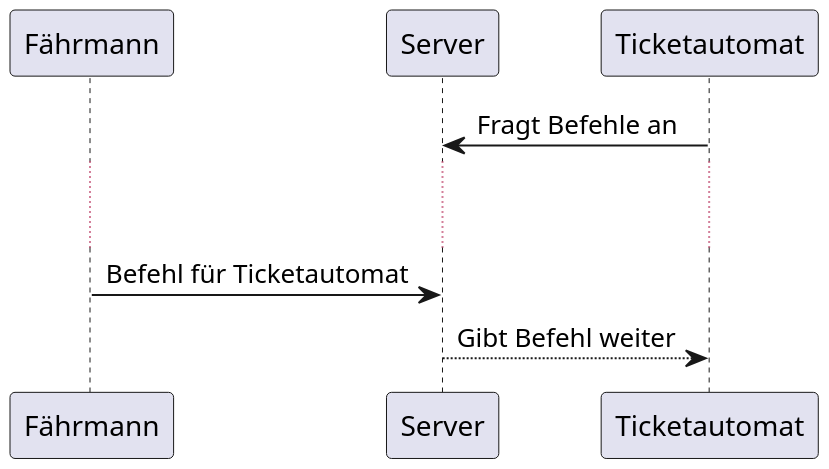
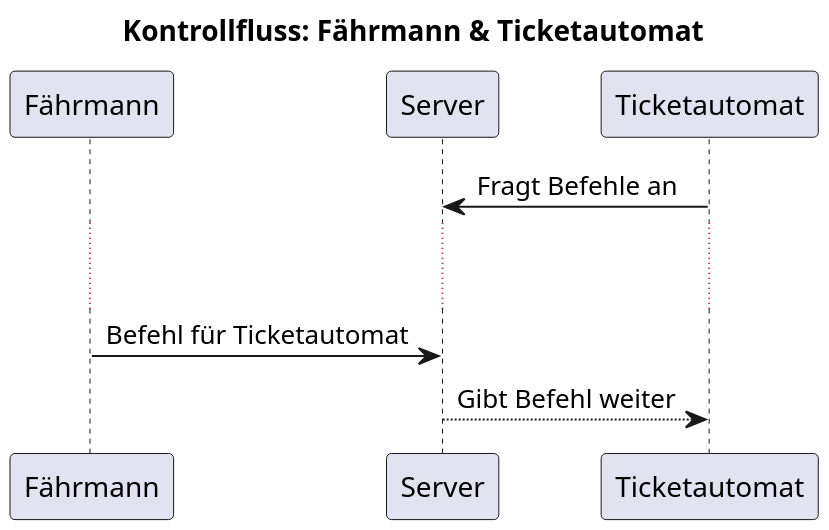
The diagram in src/befehl_faehrmann.puml (FerryTix/diagrams), drawn with PlantUML before and after one commit. The commit also changed 2 other files, not shown here.

```diff
--- a/src/befehl_faehrmann.puml
+++ b/src/befehl_faehrmann.puml
@@ -1,11 +1,12 @@
 @startuml
+title: Kontrollfluss: Fährmann & Ticketautomat
+
 scale 2
 participant Fährmann
 participant Server
 
 Ticketautomat -> Server: Fragt Befehle an
 ... ...
 Fährmann -> Server: Befehl für Ticketautomat
 Server ---> Ticketautomat: Gibt Befehl weiter
-
 @enduml
```
